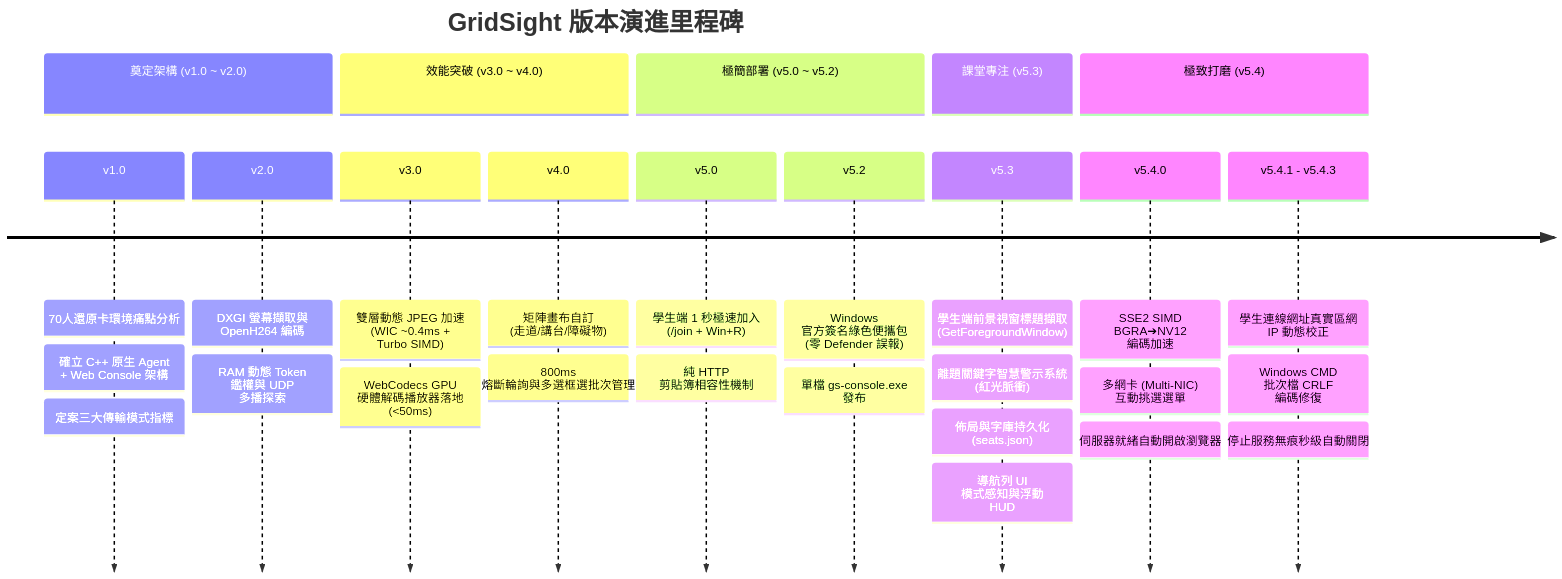
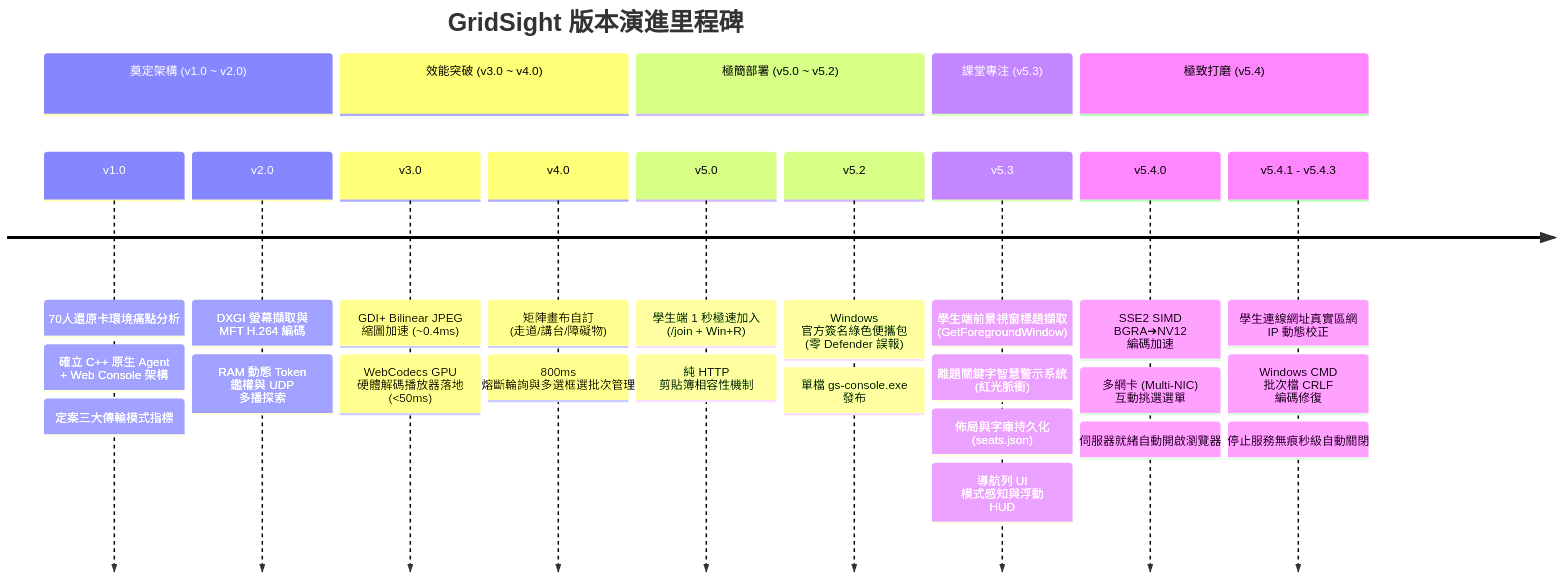
Before and after one commit to zzlee/gridsight: the diagram in docs/wiki/development-history.md, drawn with Mermaid. The commit also changed other lines of this file and 8 other files, not shown here.

````diff
--- a/docs/wiki/development-history.md
+++ b/docs/wiki/development-history.md
@@ -9,18 +9,18 @@
 ```mermaid
 timeline
     title GridSight 版本演進里程碑
     section 奠定架構 (v1.0 ~ v2.0)
         v1.0 : 70人還原卡環境痛點分析 : 確立 C++ 原生 Agent + Web Console 架構 : 定案三大傳輸模式指標
-        v2.0 : DXGI 螢幕擷取與 OpenH264 編碼 : RAM 動態 Token 鑑權與 UDP 多播探索
+        v2.0 : DXGI 螢幕擷取與 MFT H.264 編碼 : RAM 動態 Token 鑑權與 UDP 多播探索
     section 效能突破 (v3.0 ~ v4.0)
-        v3.0 : 雙層動態 JPEG 加速 (WIC ~0.4ms + Turbo SIMD) : WebCodecs GPU 硬體解碼播放器落地 (<50ms)
+        v3.0 : GDI+ Bilinear JPEG 縮圖加速 (~0.4ms) : WebCodecs GPU 硬體解碼播放器落地 (<50ms)
         v4.0 : 矩陣畫布自訂 (走道/講台/障礙物) : 800ms 熔斷輪詢與多選框選批次管理
     section 極簡部署 (v5.0 ~ v5.2)
         v5.0 : 學生端 1 秒極速加入 (/join + Win+R) : 純 HTTP 剪貼簿相容性機制
         v5.2 : Windows 官方簽名綠色便攜包 (零 Defender 誤報) : 單檔 gs-console.exe 發布
     section 課堂專注 (v5.3)
         v5.3 : 學生端前景視窗標題擷取 (GetForegroundWindow) : 離題關鍵字智慧警示系統 (紅光脈衝) : 佈局與字庫持久化 (seats.json) : 導航列 UI 模式感知與浮動 HUD
     section 極致打磨 (v5.4)
         v5.4.0 : SSE2 SIMD BGRA➔NV12 編碼加速 : 多網卡 (Multi-NIC) 互動挑選選單 : 伺服器就緒自動開啟瀏覽器
         v5.4.1 - v5.4.3 : 學生連線網址真實區網 IP 動態校正 : Windows CMD 批次檔 CRLF 編碼修復 : 停止服務無痕秒級自動關閉
 ```
````
